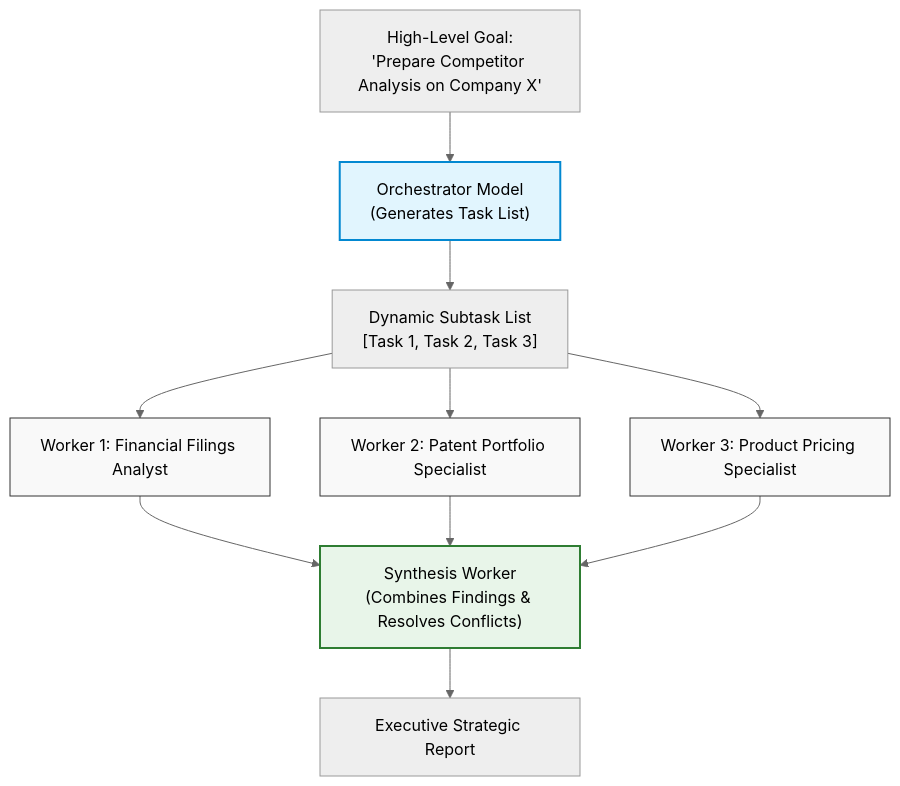
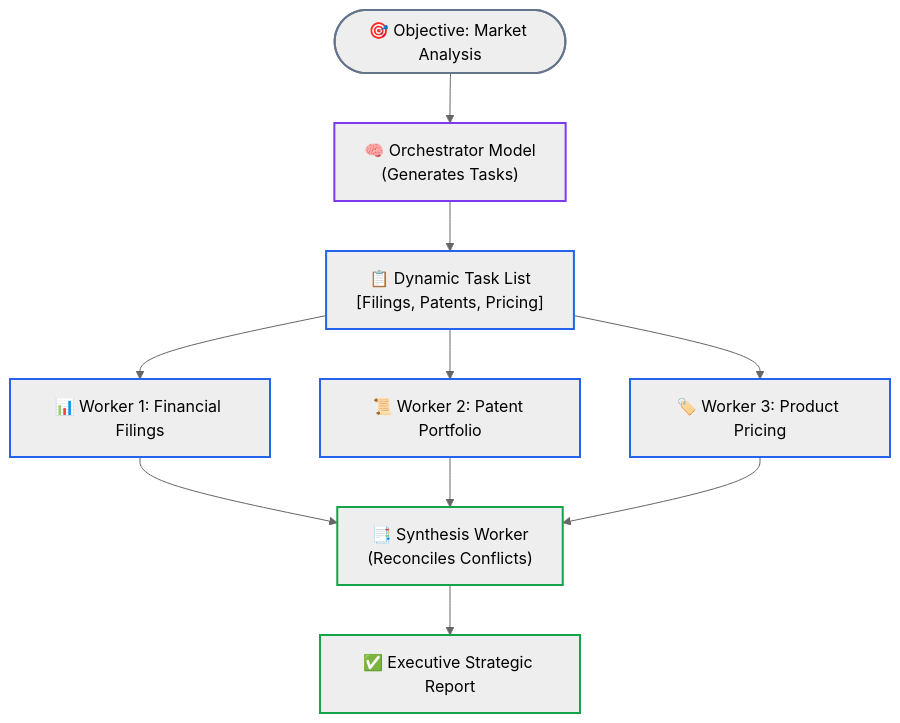
One commit to dip4k/senior-engineer-to-ai-engineer-roadmap changed the eighth of 9 diagrams in 04-agentic-systems-and-orchestration/01-workflows-vs-agents-and-orchestration-patterns.md. Above: the diagram before and after it, drawn with Mermaid (neutral theme). The commit also changed other lines of this file and 94 other files, not shown here.

Commit message:
refactor(curriculum): complete Phase 04 upgrade and enforce diagram renderer invariants

````diff
--- a/04-agentic-systems-and-orchestration/01-workflows-vs-agents-and-orchestration-patterns.md
+++ b/04-agentic-systems-and-orchestration/01-workflows-vs-agents-and-orchestration-patterns.md
@@ -265,17 +323,22 @@
 ```mermaid
 flowchart TD
-    classDef plan fill:#e1f5fe,stroke:#0288d1,stroke-width:2px;
-    classDef worker fill:#f9f9f9,stroke:#333,stroke-width:1px;
-    classDef final fill:#e8f5e9,stroke:#2e7d32,stroke-width:2px;
+    Goal(["🎯 Objective: Market Analysis"]) --> Orch["🧠 Orchestrator Model<br>(Generates Tasks)"]
+    
+    Orch --> PlanState["📋 Dynamic Task List<br>[Filings, Patents, Pricing]"]
+    
+    PlanState --> W1["📊 Worker 1: Financial Filings"]
+    PlanState --> W2["📜 Worker 2: Patent Portfolio"]
+    PlanState --> W3["🏷️ Worker 3: Product Pricing"]
 
-    Goal["High-Level Goal:\n'Prepare Competitor Analysis on Company X'"] --> Orch["Orchestrator Model\n(Generates Task List)"]:::plan
-    
-    Orch --> PlanState["Dynamic Subtask List\n[Task 1, Task 2, Task 3]"]
-    
-    PlanState --> W1["Worker 1: Financial Filings Analyst"]:::worker
-    PlanState --> W2["Worker 2: Patent Portfolio Specialist"]:::worker
-    PlanState --> W3["Worker 3: Product Pricing Specialist"]:::worker
+    W1 & W2 & W3 --> Synth["📑 Synthesis Worker<br>(Reconciles Conflicts)"]
+    Synth --> Out["✅ Executive Strategic Report"]
 
-    W1 & W2 & W3 --> Synth["Synthesis Worker\n(Combines Findings & Resolves Conflicts)"]:::final
-    Synth --> Out["Executive Strategic Report"]
+    style Goal stroke:#64748b,stroke-width:2px
+    style Orch stroke:#7c3aed,stroke-width:2px
+    style PlanState stroke:#2563eb,stroke-width:2px
+    style W1 stroke:#2563eb,stroke-width:2px
+    style W2 stroke:#2563eb,stroke-width:2px
+    style W3 stroke:#2563eb,stroke-width:2px
+    style Synth stroke:#16a34a,stroke-width:2px
+    style Out stroke:#16a34a,stroke-width:2px
 ```
````
